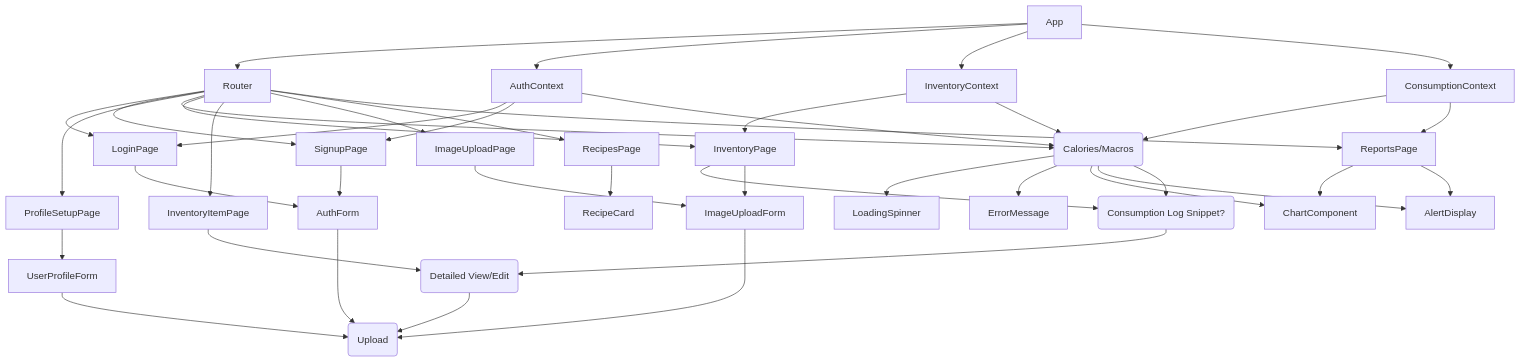
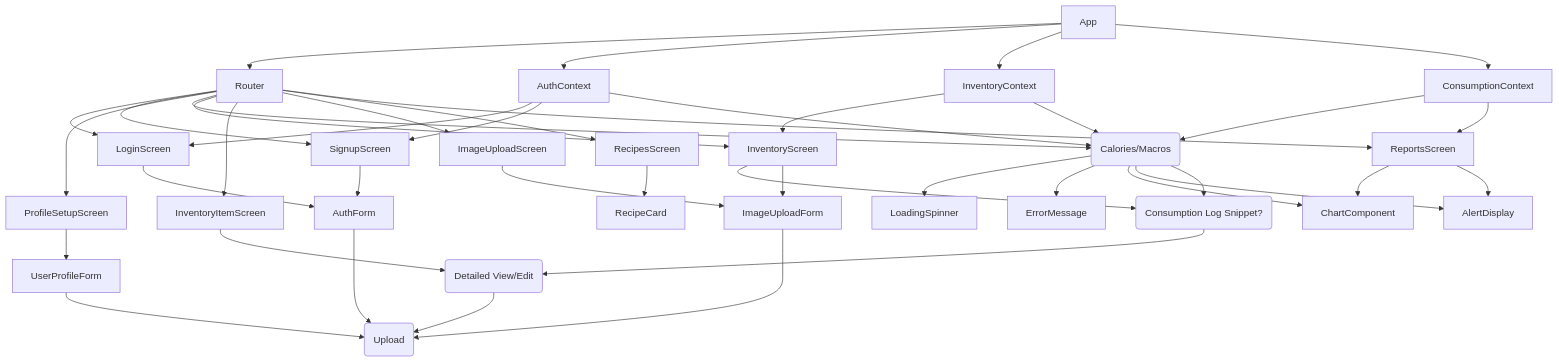
The diagram in docs/frontend.md (TejasShinkar12/Eat-Fit-1), drawn with Mermaid before and after one commit. The commit also changed other lines of this file and 35 other files, not shown here.

````diff
--- a/docs/frontend.md
+++ b/docs/frontend.md
@@ -50,46 +50,46 @@
 ```mermaid
 graph TD
     App --> Router
     App --> AuthContext
     App --> InventoryContext
     App --> ConsumptionContext
-    Router --> LoginPage
-    Router --> SignupPage
-    Router --> ProfileSetupPage
-    Router --> DashboardPage
-    Router --> InventoryPage
-    Router --> InventoryItemPage
-    Router --> ImageUploadPage
-    Router --> RecipesPage
-    Router --> ReportsPage
+    Router --> LoginScreen
+    Router --> SignupScreen
+    Router --> ProfileSetupScreen
+    Router --> DashboardScreen
+    Router --> InventoryScreen
+    Router --> InventoryItemScreen
+    Router --> ImageUploadScreen
+    Router --> RecipesScreen
+    Router --> ReportsScreen
 
-    LoginPage --> AuthForm
-    SignupPage --> AuthForm
-    ProfileSetupPage --> UserProfileForm
-    DashboardPage --> LoadingSpinner
-    DashboardPage --> ErrorMessage
-    DashboardPage --> ChartComponent
-    DashboardPage --> AlertDisplay
-    DashboardPage --> InventoryList(Consumption Log Snippet?)
-    InventoryPage --> InventoryList
-    InventoryPage --> ImageUploadForm
+    LoginScreen --> AuthForm
+    SignupScreen --> AuthForm
+    ProfileSetupScreen --> UserProfileForm
+    DashboardScreen --> LoadingSpinner
+    DashboardScreen --> ErrorMessage
+    DashboardScreen --> ChartComponent
+    DashboardScreen --> AlertDisplay
+    DashboardScreen --> InventoryList(Consumption Log Snippet?)
+    InventoryScreen --> InventoryList
+    InventoryScreen --> ImageUploadForm
     InventoryList --> InventoryItemCard
     InventoryItemCard --> Button(Edit/Delete/Consume)
-    InventoryItemPage --> InventoryItemCard(Detailed View/Edit)
-    ImageUploadPage --> ImageUploadForm
-    RecipesPage --> RecipeCard
-    ReportsPage --> ChartComponent
-    ReportsPage --> AlertDisplay
+    InventoryItemScreen --> InventoryItemCard(Detailed View/Edit)
+    ImageUploadScreen --> ImageUploadForm
+    RecipesScreen --> RecipeCard
+    ReportsScreen --> ChartComponent
+    ReportsScreen --> AlertDisplay
 
-    AuthContext --> LoginPage
-    AuthContext --> SignupPage
-    AuthContext --> DashboardPage(Check Auth)
-    InventoryContext --> InventoryPage
-    InventoryContext --> DashboardPage(Inventory Snippet)
-    ConsumptionContext --> DashboardPage(Calories/Macros)
-    ConsumptionContext --> ReportsPage
+    AuthContext --> LoginScreen
+    AuthContext --> SignupScreen
+    AuthContext --> DashboardScreen(Check Auth)
+    InventoryContext --> InventoryScreen
+    InventoryContext --> DashboardScreen(Inventory Snippet)
+    ConsumptionContext --> DashboardScreen(Calories/Macros)
+    ConsumptionContext --> ReportsScreen
 
     UserProfileForm --> Button(Save)
     AuthForm --> Button(Submit)
     ImageUploadForm --> Button(Upload)
 ```
````
